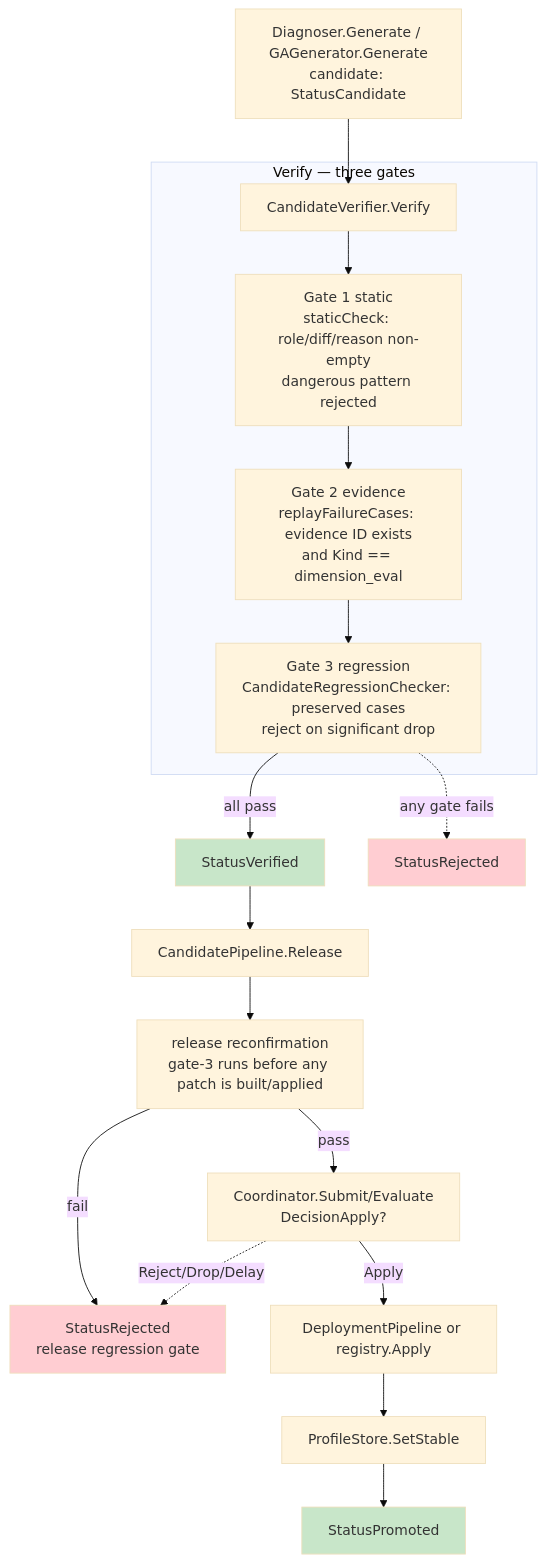
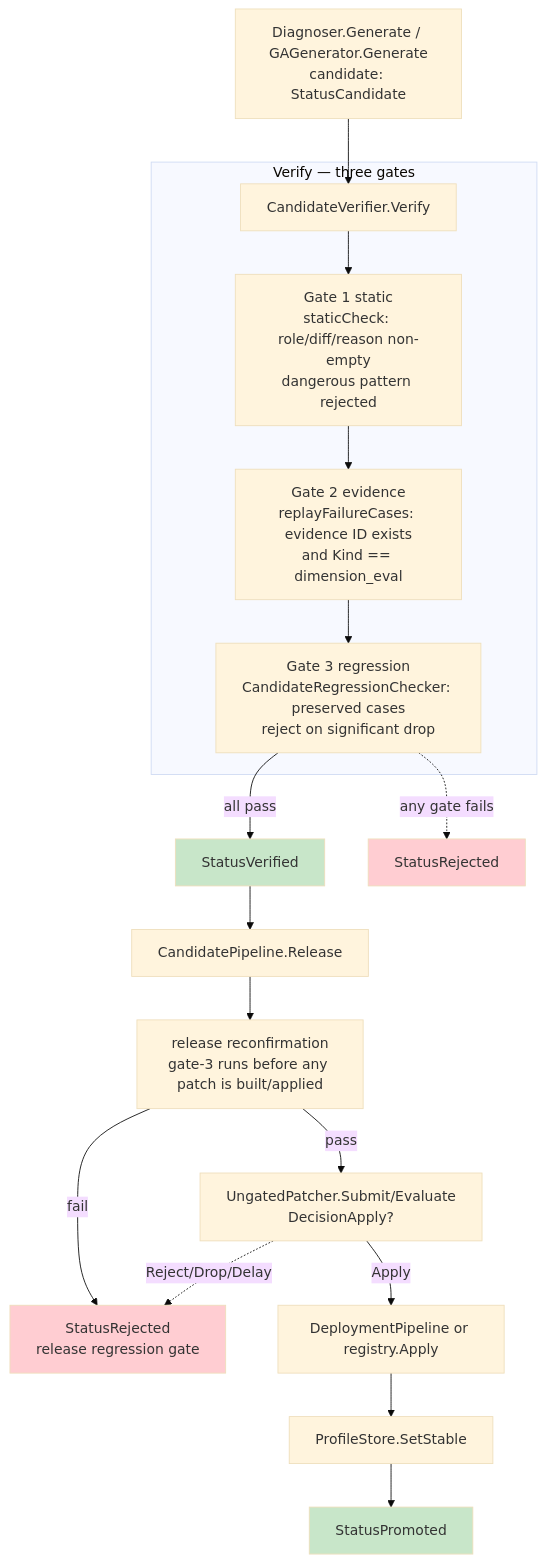
The second of 4 diagrams in docs/articles/en/11-autonomous-evolution-deep-dive.md (Timwood0x10/ARES), drawn with Mermaid (base theme) before and after one commit. The commit also changed other lines of this file and 330 other files, not shown here.

````diff
--- a/docs/articles/en/11-autonomous-evolution-deep-dive.md
+++ b/docs/articles/en/11-autonomous-evolution-deep-dive.md
@@ -146,27 +146,27 @@
 ```mermaid
 graph TD
     NEW[Diagnoser.Generate / GAGenerator.Generate<br/>candidate: StatusCandidate] --> V[CandidateVerifier.Verify]
 
     subgraph "Verify — three gates"
         V --> G1[Gate 1 static<br/>staticCheck: role/diff/reason non-empty<br/>dangerous pattern rejected]
         G1 --> G2[Gate 2 evidence<br/>replayFailureCases: evidence ID exists<br/>and Kind == dimension_eval]
         G2 --> G3[Gate 3 regression<br/>CandidateRegressionChecker: preserved cases<br/>reject on significant drop]
     end
 
     G3 -->|"all pass"| VER[StatusVerified]
     G3 -.->|"any gate fails"| REJ1[StatusRejected]
 
     VER --> REL[CandidatePipeline.Release]
     REL --> R3[release reconfirmation<br/>gate-3 runs before any patch is built/applied]
-    R3 -->|"pass"| RUN[Coordinator.Submit/Evaluate<br/>DecisionApply?]
+    R3 -->|"pass"| RUN[UngatedPatcher.Submit/Evaluate<br/>DecisionApply?]
     R3 -->|"fail"| REJ2[StatusRejected<br/>release regression gate]
     RUN -->|"Apply"| DEP[DeploymentPipeline or registry.Apply]
     RUN -.->|"Reject/Drop/Delay"| REJ2
     DEP --> ST[ProfileStore.SetStable]
     ST --> PRO[StatusPromoted]
 
     style VER fill:#c8e6c9
     style PRO fill:#c8e6c9
     style REJ1 fill:#ffcdd2
     style REJ2 fill:#ffcdd2
 ```
````
